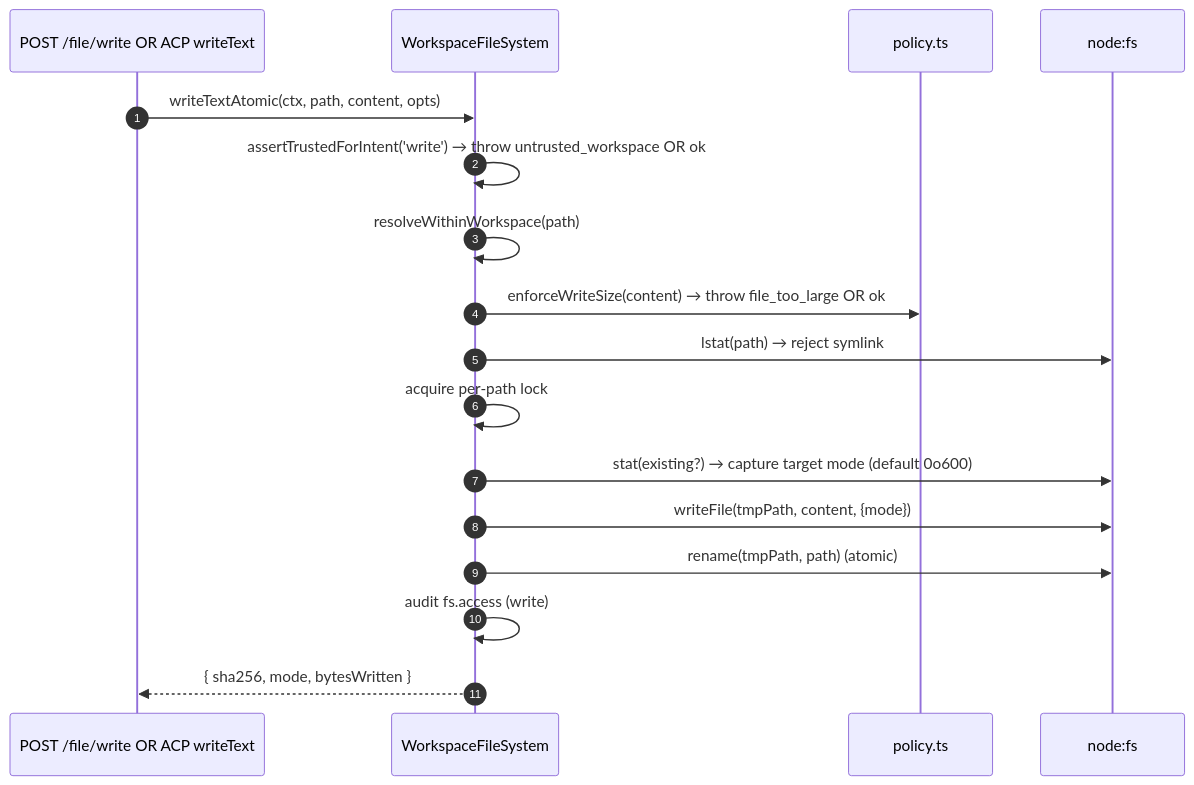
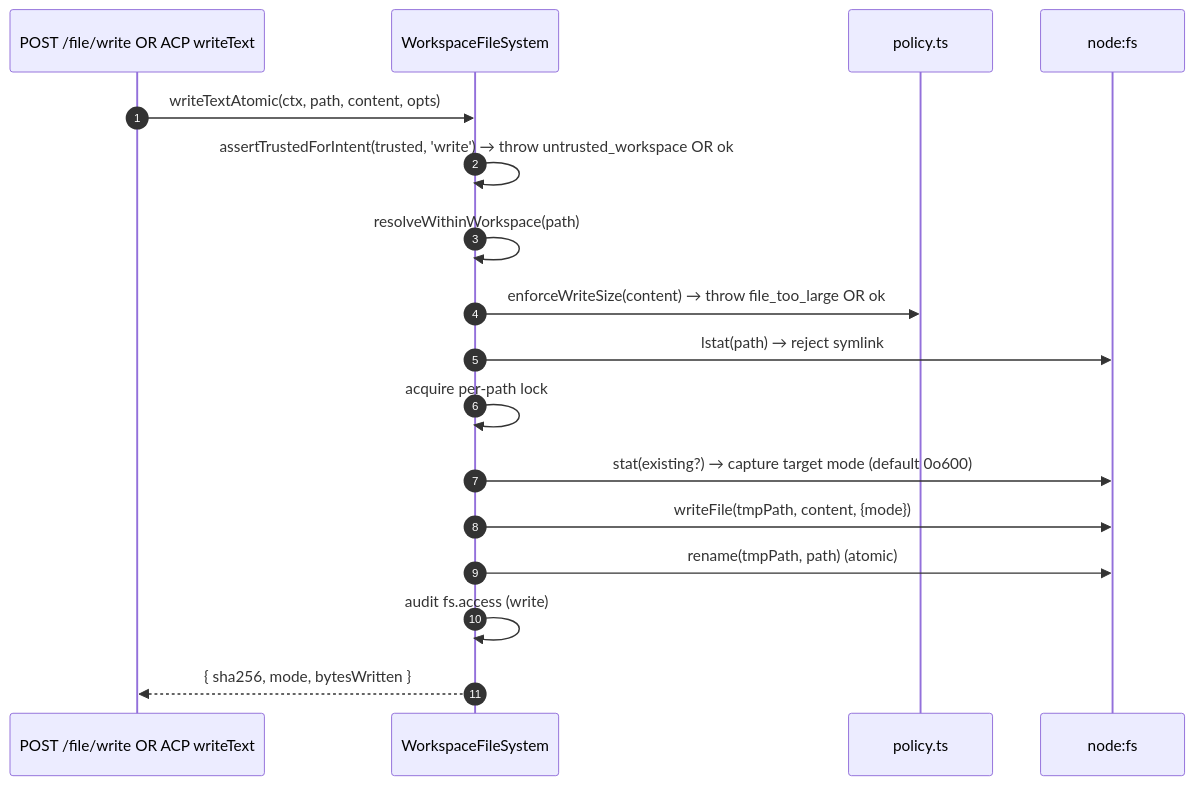
The second of 3 diagrams in docs/developers/daemon/07-workspace-filesystem.md (QwenLM/qwen-code), drawn with Mermaid before and after one commit. The commit also changed other lines of this file and 3 other files, not shown here.

````diff
--- a/docs/developers/daemon/07-workspace-filesystem.md
+++ b/docs/developers/daemon/07-workspace-filesystem.md
@@ -148,20 +148,20 @@
 ```mermaid
 sequenceDiagram
     autonumber
     participant R as POST /file/write OR ACP writeText
     participant FS as WorkspaceFileSystem
     participant POL as policy.ts
     participant FSP as node:fs
 
     R->>FS: writeTextAtomic(ctx, path, content, opts)
-    FS->>FS: assertTrustedForIntent('write') → throw untrusted_workspace OR ok
+    FS->>FS: assertTrustedForIntent(trusted, 'write') → throw untrusted_workspace OR ok
     FS->>FS: resolveWithinWorkspace(path)
     FS->>POL: enforceWriteSize(content) → throw file_too_large OR ok
     FS->>FSP: lstat(path) → reject symlink
     FS->>FS: acquire per-path lock
     FS->>FSP: stat(existing?) → capture target mode (default 0o600)
     FS->>FSP: writeFile(tmpPath, content, {mode})
     FS->>FSP: rename(tmpPath, path) (atomic)
     FS->>FS: audit fs.access (write)
     FS-->>R: { sha256, mode, bytesWritten }
 ```
````
